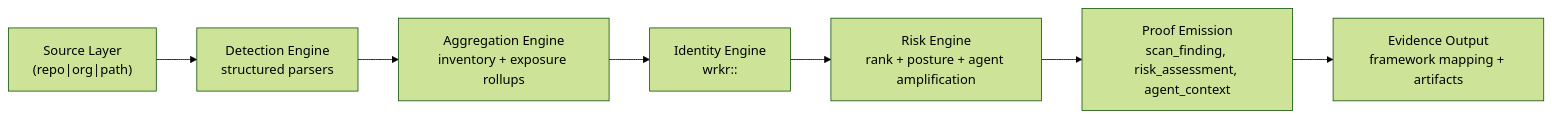
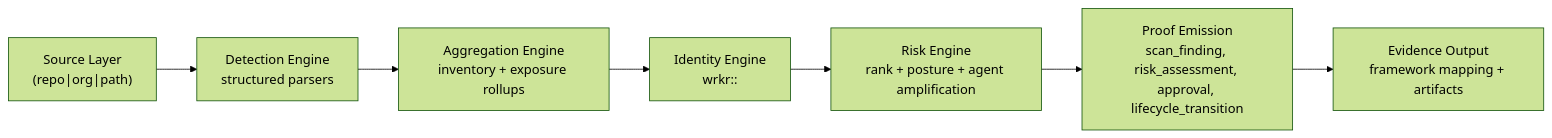
The diagram in docs/architecture.md (Clyra-AI/wrkr), drawn with Mermaid (forest theme) before and after one commit. The commit also changed 16 other files, not shown here.

Commit message:
fix: restore lifecycle proof record type

````diff
--- a/docs/architecture.md
+++ b/docs/architecture.md
@@ -26,9 +26,9 @@
 ```mermaid
 flowchart LR
   A["Source Layer\n(repo|org|path)"] --> B["Detection Engine\nstructured parsers"]
   B --> C["Aggregation Engine\ninventory + exposure rollups"]
   C --> D["Identity Engine\nwrkr:<tool_id>:<org>"]
   D --> E["Risk Engine\nrank + posture + agent amplification"]
-  E --> F["Proof Emission\nscan_finding, risk_assessment, agent_context"]
+  E --> F["Proof Emission\nscan_finding, risk_assessment, approval, lifecycle_transition"]
   F --> G["Evidence Output\nframework mapping + artifacts"]
 ```
````
